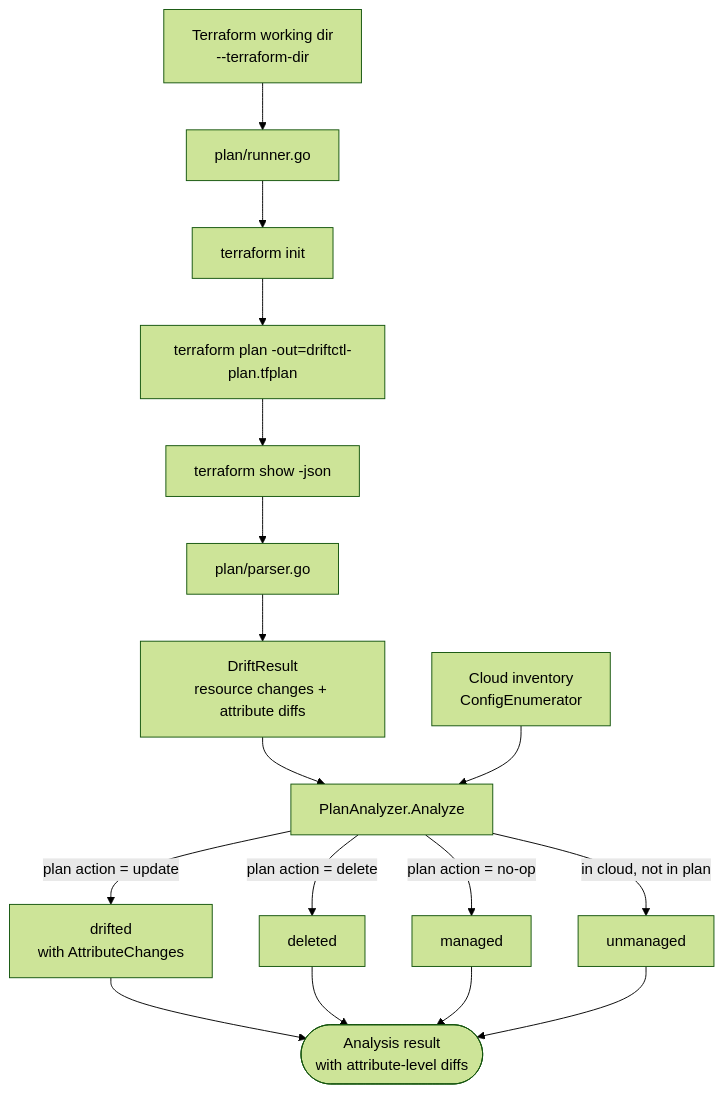
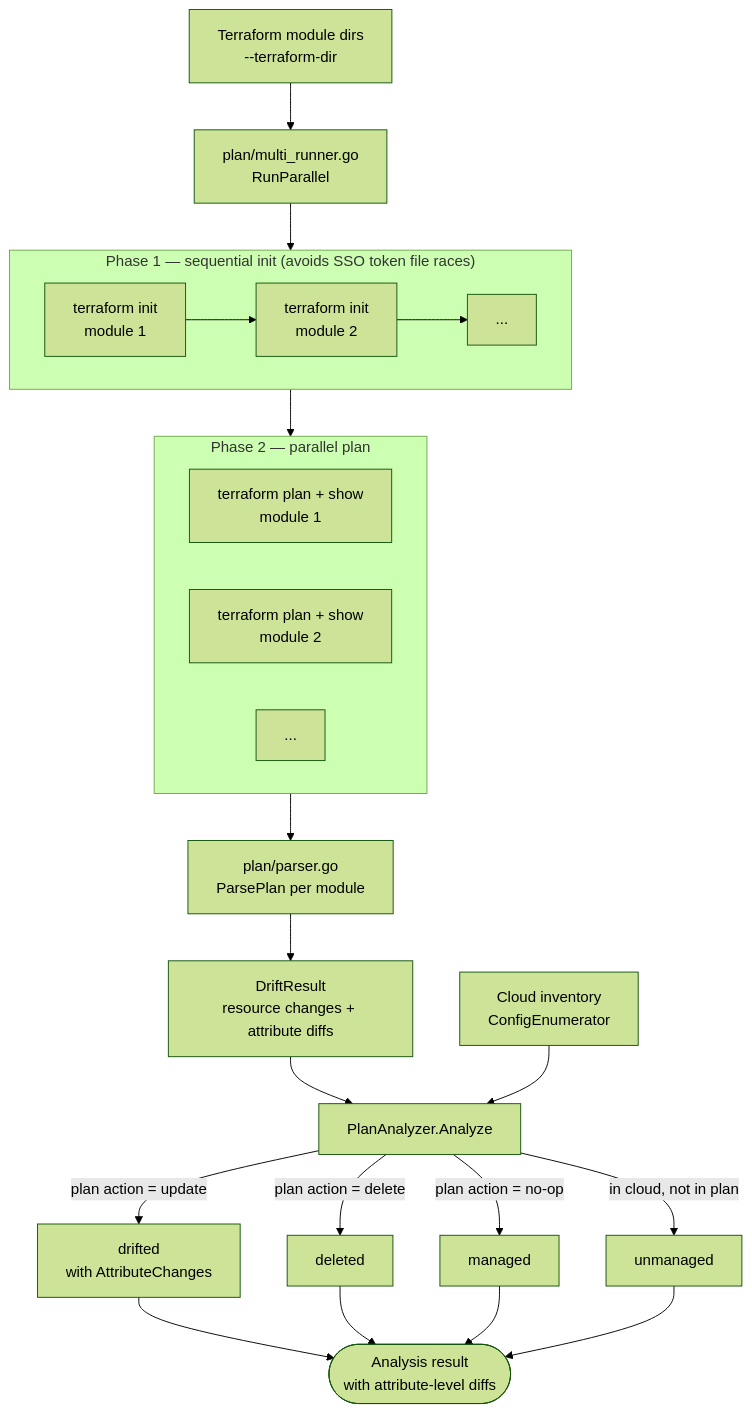
One commit to AgentWong/driftctl changed the ninth of 12 diagrams in docs/code-logic-diagram.md. Above: the diagram before and after it, drawn with Mermaid (forest theme). The commit also changed other lines of this file, not shown here.

Commit message:
fix: update Terraform workflow diagram to reflect new multi-module initialization and planning phases

````diff
--- a/docs/code-logic-diagram.md
+++ b/docs/code-logic-diagram.md
@@ -180,19 +180,31 @@
 ```mermaid
 flowchart TD
-    TF[Terraform working dir<br>--terraform-dir] --> Runner[plan/runner.go]
-    Runner --> Init[terraform init]
-    Init --> PlanCmd[terraform plan -out=driftctl-plan.tfplan]
-    PlanCmd --> Show[terraform show -json]
-    Show --> Parser[plan/parser.go]
+    TF[Terraform module dirs<br>--terraform-dir] --> MR[plan/multi_runner.go<br>RunParallel]
+
+    subgraph Phase1["Phase 1 — sequential init (avoids SSO token file races)"]
+        direction LR
+        I1[terraform init<br>module 1] --> I2[terraform init<br>module 2] --> IN[...]
+    end
+
+    subgraph Phase2["Phase 2 — parallel plan"]
+        direction LR
+        P1[terraform plan + show<br>module 1]
+        P2[terraform plan + show<br>module 2]
+        PN[...]
+    end
+
+    MR --> Phase1
+    Phase1 --> Phase2
+    Phase2 --> Parser[plan/parser.go<br>ParsePlan per module]
     Parser --> DriftResult[DriftResult<br>resource changes + attribute diffs]
 
     DriftResult --> PA[PlanAnalyzer.Analyze]
     CloudInv[Cloud inventory<br>ConfigEnumerator] --> PA
 
     PA --> |plan action = update| Drifted[drifted<br>with AttributeChanges]
     PA --> |plan action = delete| PDeleted[deleted]
     PA --> |plan action = no-op| PManaged[managed]
     PA --> |in cloud, not in plan| PUnmanaged[unmanaged]
 
     Drifted & PDeleted & PManaged & PUnmanaged --> Output([Analysis result<br>with attribute-level diffs])
 ```
````
